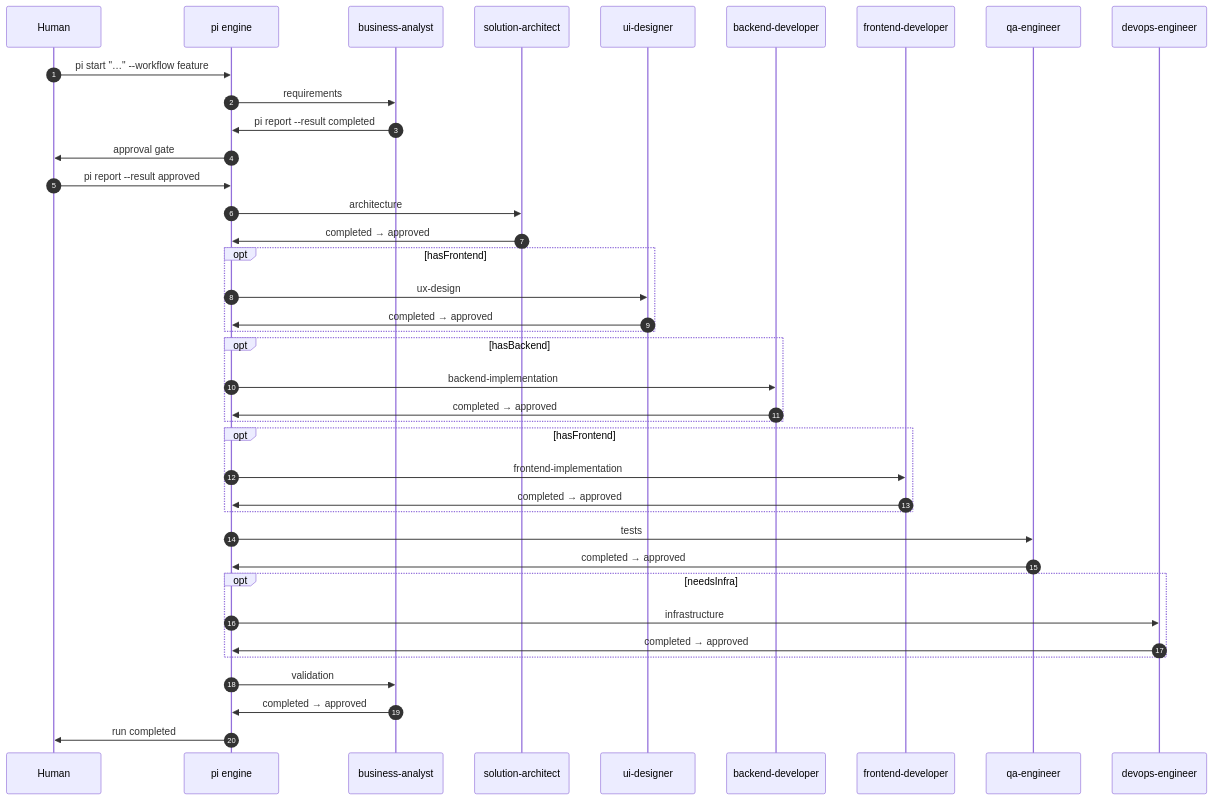
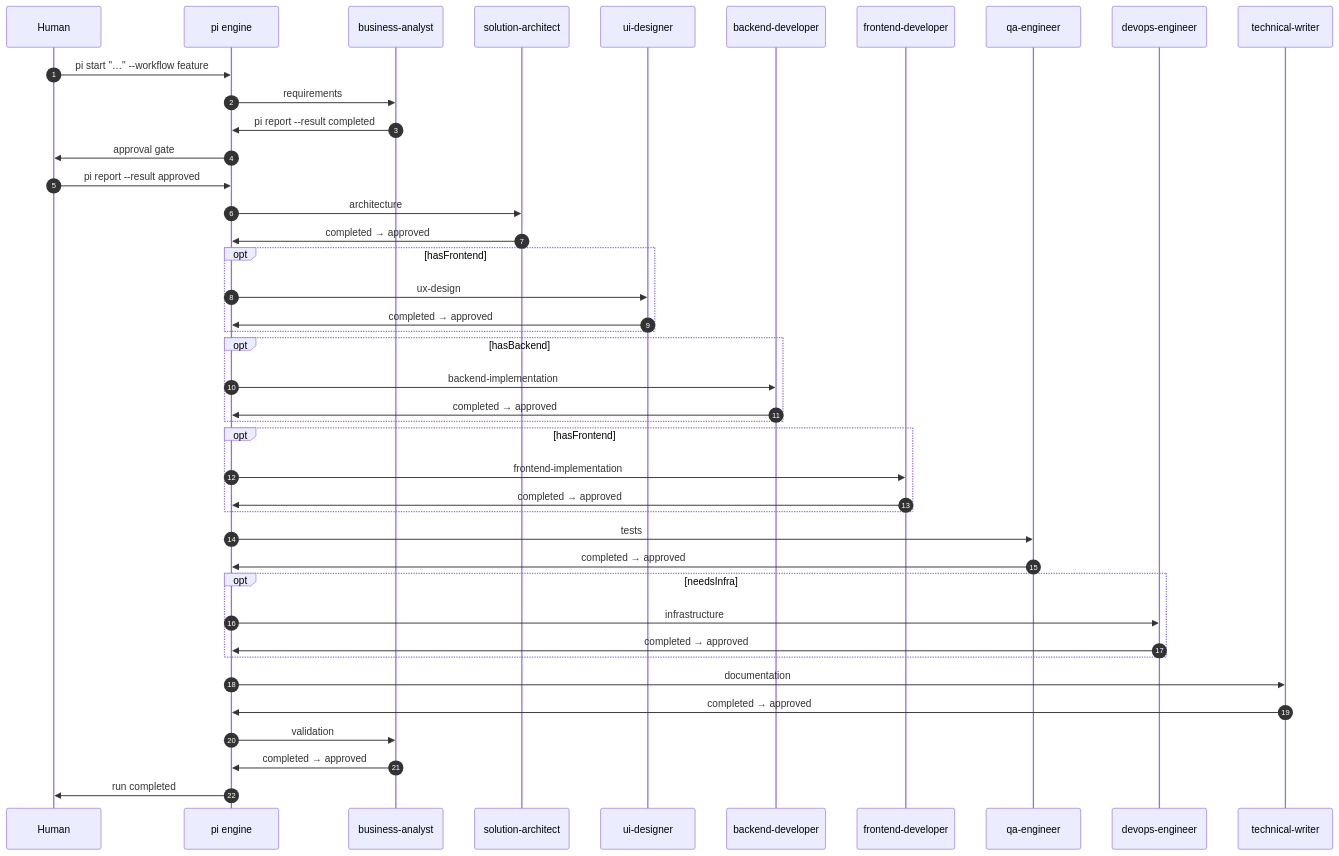
The diagram in docs/extending/11-workflows.md (piyushpatel2005/pi-agent), drawn with Mermaid before and after one commit. The commit also changed other lines of this file and 8 other files, not shown here.

````diff
--- a/docs/extending/11-workflows.md
+++ b/docs/extending/11-workflows.md
@@ -38,49 +38,53 @@
 ```mermaid
 sequenceDiagram
   autonumber
   participant H as Human
   participant P as pi engine
   participant BA as business-analyst
   participant SA as solution-architect
   participant UI as ui-designer
   participant BE as backend-developer
   participant FE as frontend-developer
   participant QA as qa-engineer
   participant DO as devops-engineer
+  participant TW as technical-writer
 
   H->>P: pi start "…" --workflow feature
   P->>BA: requirements
   BA->>P: pi report --result completed
   P->>H: approval gate
   H->>P: pi report --result approved
 
   P->>SA: architecture
   SA->>P: completed → approved
 
   opt hasFrontend
     P->>UI: ux-design
     UI->>P: completed → approved
   end
 
   opt hasBackend
     P->>BE: backend-implementation
     BE->>P: completed → approved
   end
 
   opt hasFrontend
     P->>FE: frontend-implementation
     FE->>P: completed → approved
   end
 
   P->>QA: tests
   QA->>P: completed → approved
 
   opt needsInfra
     P->>DO: infrastructure
     DO->>P: completed → approved
   end
 
+  P->>TW: documentation
+  TW->>P: completed → approved
+
   P->>BA: validation
   BA->>P: completed → approved
   P->>H: run completed
 ```
````
